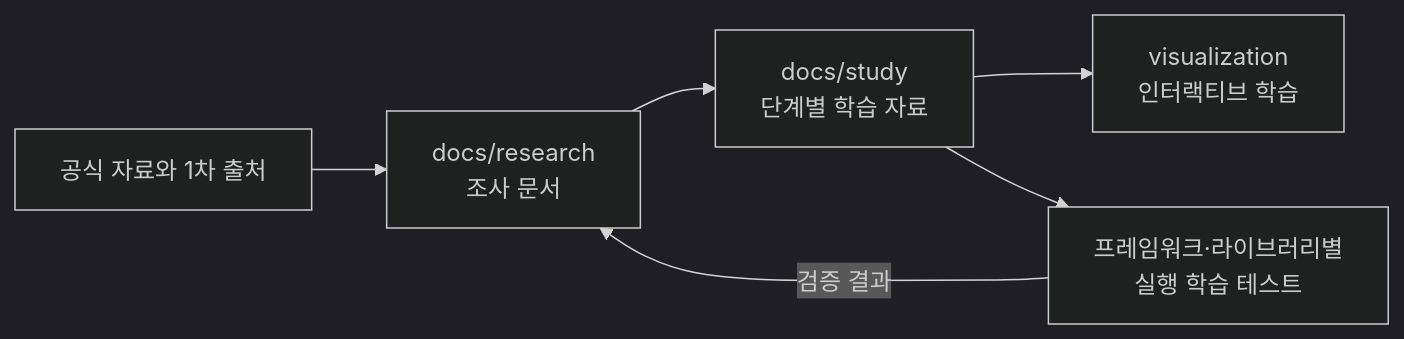
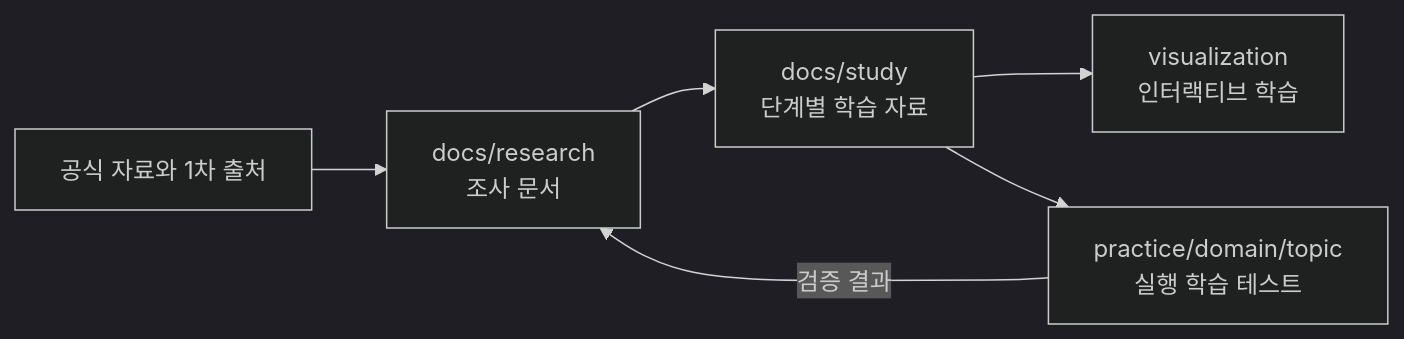
One commit to NtoZero/develop-study changed the second of 2 diagrams in README.md. Above: the diagram before and after it, drawn with Mermaid (dark theme). The commit also changed other lines of this file and 18 other files, not shown here.

````diff
--- a/README.md
+++ b/README.md
@@ -91,8 +91,8 @@
 ```mermaid
 flowchart LR
     A["공식 자료와 1차 출처"] --> B["docs/research<br/>조사 문서"]
     B --> C["docs/study<br/>단계별 학습 자료"]
     C --> D["visualization<br/>인터랙티브 학습"]
-    C --> E["프레임워크·라이브러리별<br/>실행 학습 테스트"]
+    C --> E["practice/domain/topic<br/>실행 학습 테스트"]
     E -->|검증 결과| B
 ```
````
